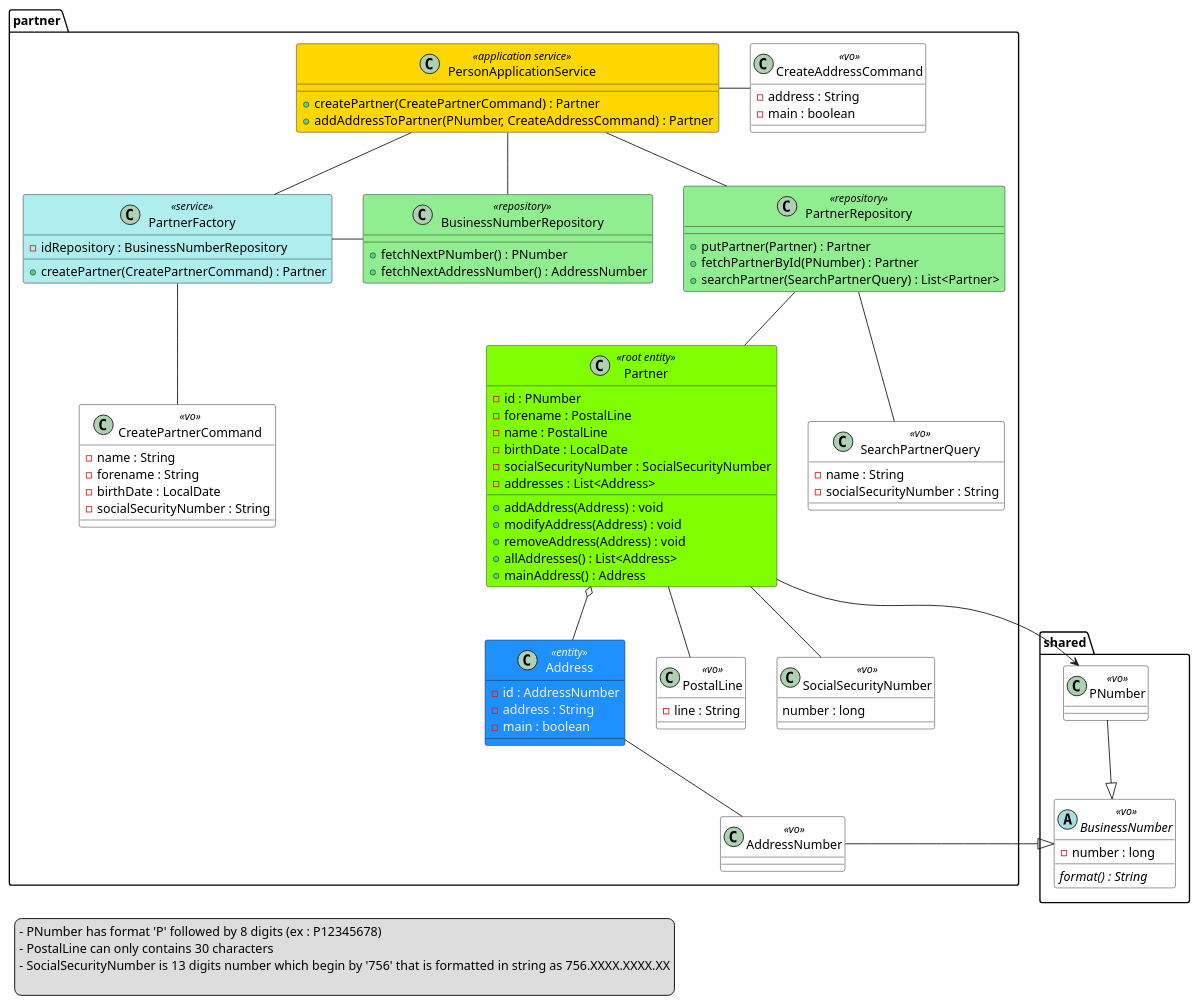
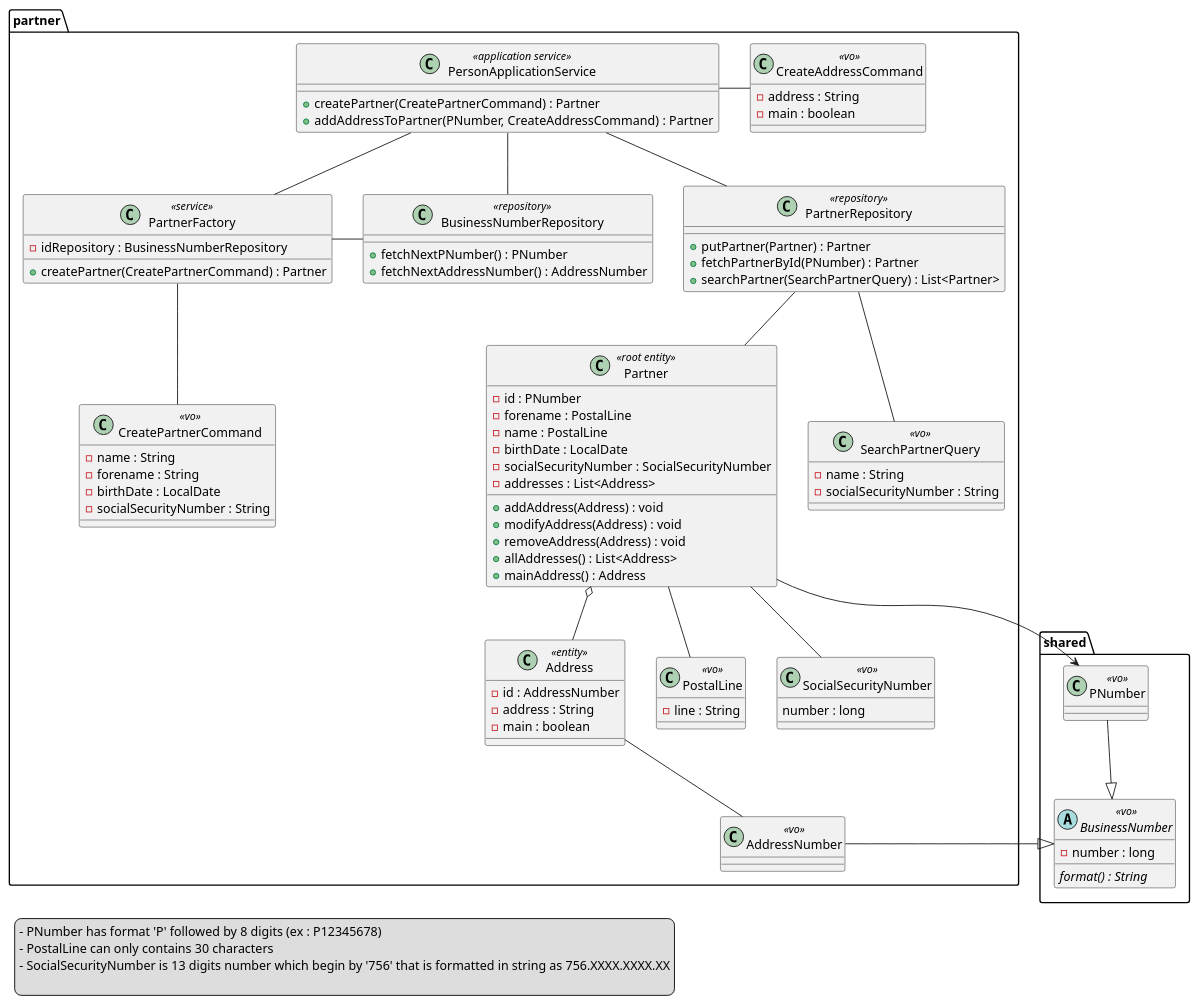
Before and after one commit to McKratt/microservice-sandbox: the diagram in person/person-domain/PersonDomain.puml, drawn with PlantUML. The commit also changed 10 other files, not shown here.

```diff
--- a/person/person-domain/PersonDomain.puml
+++ b/person/person-domain/PersonDomain.puml
@@ -1,111 +1,99 @@
 @startuml
-skinparam class {
-    BackgroundColor<<root entity>> #chartreuse
-    BackgroundColor<<entity>> #DodgerBlue
-    FontColor<<entity>> #Linen
-    AttributeFontColor<<entity>> #Linen
-    StereotypeFontColor<<entity>> #Linen
-    BackgroundColor<<vo>> #White
-    BackgroundColor<<service>> #PaleTurquoise
-    BackgroundColor<<application service>> #Gold
-    BackgroundColor<<repository>> #lightgreen
-}
-
 package partner {
     class PersonApplicationService <<application service>> {
         + createPartner(CreatePartnerCommand) : Partner
         + addAddressToPartner(PNumber, CreateAddressCommand) : Partner
     }
     class PartnerFactory <<service>> {
         - idRepository : BusinessNumberRepository
         + createPartner(CreatePartnerCommand) : Partner
     }
     class BusinessNumberRepository <<repository>> {
         + fetchNextPNumber() : PNumber
         + fetchNextAddressNumber() : AddressNumber
     }
     class PartnerRepository <<repository>> {
         + putPartner(Partner) : Partner
         + fetchPartnerById(PNumber) : Partner
         + searchPartner(SearchPartnerQuery) : List<Partner>
     }
     class CreatePartnerCommand <<vo>> {
         - name : String
         - forename : String
         - birthDate : LocalDate
         - socialSecurityNumber : String
     }
     class CreateAddressCommand <<vo>> {
         - address : String
         - main : boolean
     }
     class SearchPartnerQuery <<vo>> {
         - name : String
         - socialSecurityNumber : String
     }
     class Partner <<root entity>> {
         - id : PNumber
         - forename : PostalLine
         - name : PostalLine
         - birthDate : LocalDate
         - socialSecurityNumber : SocialSecurityNumber
         - addresses : List<Address>
         + addAddress(Address) : void
         + modifyAddress(Address) : void
         + removeAddress(Address) : void
         + allAddresses() : List<Address>
         + mainAddress() : Address
     }
     class Address <<entity>> {
         - id : AddressNumber
         - address : String
         - main : boolean
     }
     class AddressNumber <<vo>>
     class PostalLine <<vo>> {
         - line : String
     }
     class SocialSecurityNumber <<vo>> {
         number : long
     }
     PersonApplicationService -- PartnerFactory
     PersonApplicationService -- PartnerRepository
     PersonApplicationService -- BusinessNumberRepository
     PersonApplicationService - CreateAddressCommand
 
     PartnerFactory - BusinessNumberRepository
     PartnerFactory -- CreatePartnerCommand
 
     PartnerRepository -- Partner
     PartnerRepository -- SearchPartnerQuery
 
     Partner -- PostalLine
     Partner o-- Address
     Partner -- SocialSecurityNumber
 
     Address -- AddressNumber
 
 }
 
 package shared {
     class PNumber <<vo>>
 
     abstract BusinessNumber <<vo>> {
         - number : long
         {abstract} format() : String
     }
 
     PNumber --|> BusinessNumber
 }
 
 Partner -> PNumber
 AddressNumber -|> BusinessNumber
 
 legend left
 - PNumber has format 'P' followed by 8 digits (ex : P12345678)
 - PostalLine can only contains 30 characters
 - SocialSecurityNumber is 13 digits number which begin by '756' that is formatted in string as 756.XXXX.XXXX.XX
 
 end legend
 
 @enduml
```
